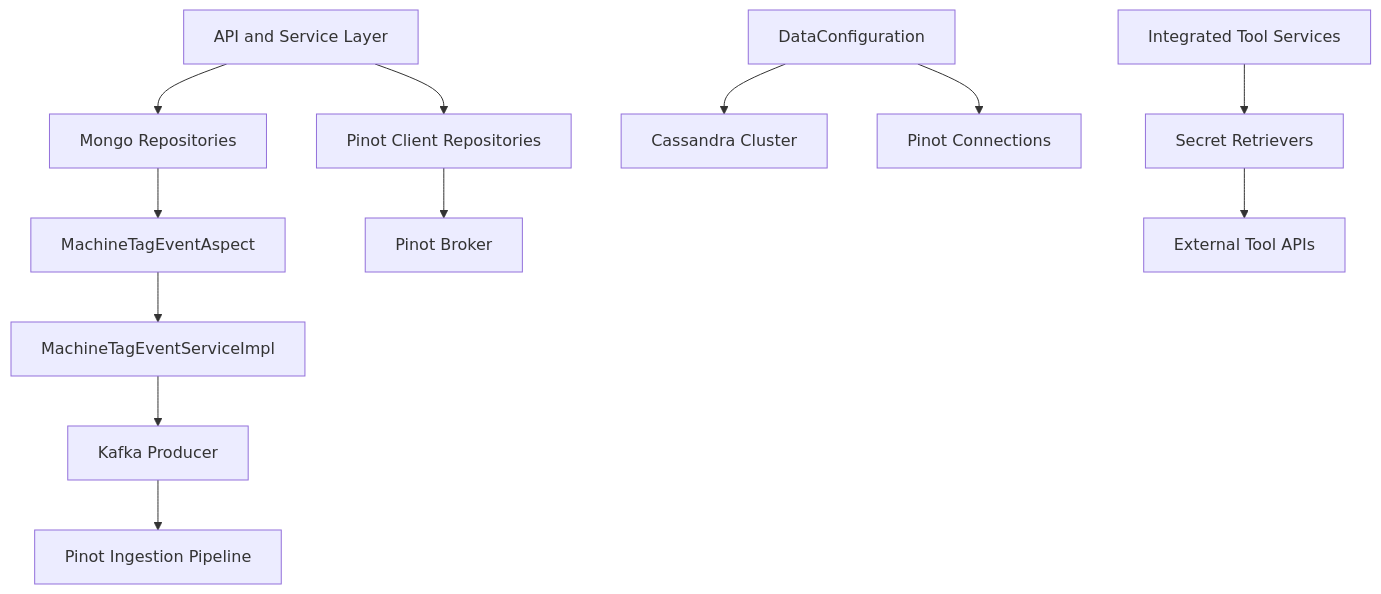
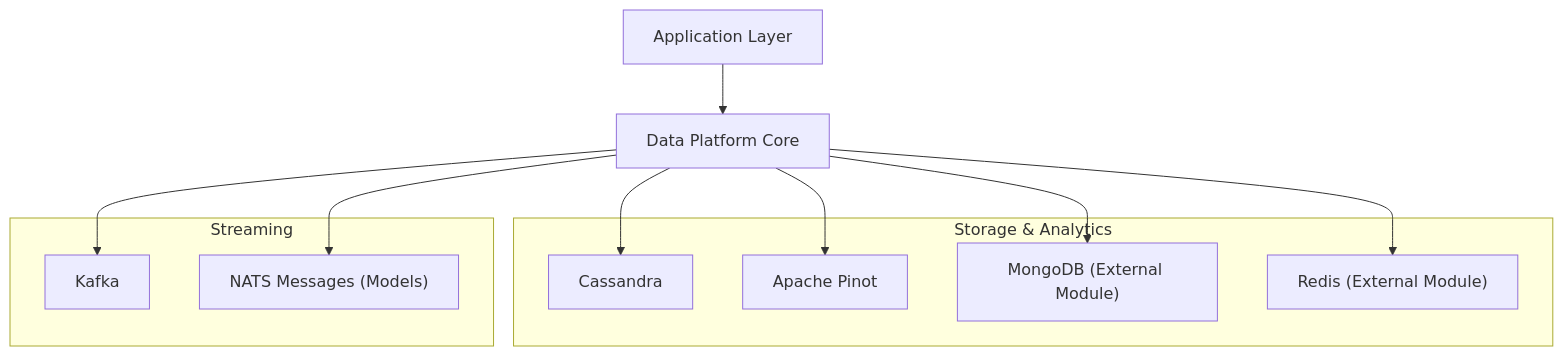
The first of 7 diagrams in docs/reference/architecture/data-platform-core/data-platform-core.md (flamingo-stack/openframe-oss-lib), drawn with Mermaid before and after one commit. The commit also changed other lines of this file and 212 other files, not shown here.

````diff
--- a/docs/reference/architecture/data-platform-core/data-platform-core.md
+++ b/docs/reference/architecture/data-platform-core/data-platform-core.md
@@ -21,17 +20,23 @@
 ```mermaid
 flowchart TD
-    API["API and Service Layer"] --> Repo["Mongo Repositories"]
-    Repo --> Aspect["MachineTagEventAspect"]
-    Aspect --> Service["MachineTagEventServiceImpl"]
-    Service --> Kafka["Kafka Producer"]
-    Kafka --> PinotIngest["Pinot Ingestion Pipeline"]
+    App["Application Layer"] --> DataCore["Data Platform Core"]
 
-    API --> PinotRepo["Pinot Client Repositories"]
-    PinotRepo --> PinotBroker["Pinot Broker"]
+    subgraph storage_layer["Storage & Analytics"]
+        Cassandra["Cassandra"]
+        Pinot["Apache Pinot"]
+        Mongo["MongoDB (External Module)"]
+        Redis["Redis (External Module)"]
+    end
 
-    Config["DataConfiguration"] --> Cassandra["Cassandra Cluster"]
-    Config --> PinotConfig["Pinot Connections"]
+    subgraph streaming_layer["Streaming"]
+        Kafka["Kafka"]
+        NATS["NATS Messages (Models)"]
+    end
 
-    Tools["Integrated Tool Services"] --> Secret["Secret Retrievers"]
-    Secret --> ExternalTool["External Tool APIs"]
+    DataCore --> Cassandra
+    DataCore --> Pinot
+    DataCore --> Kafka
+    DataCore --> Mongo
+    DataCore --> Redis
+    DataCore --> NATS
 ```
````
